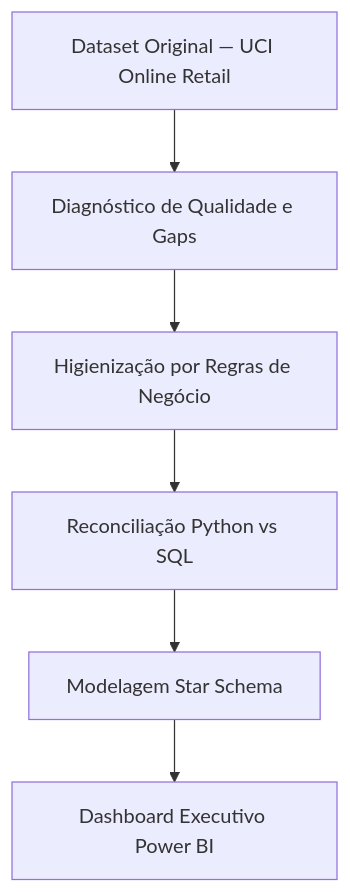
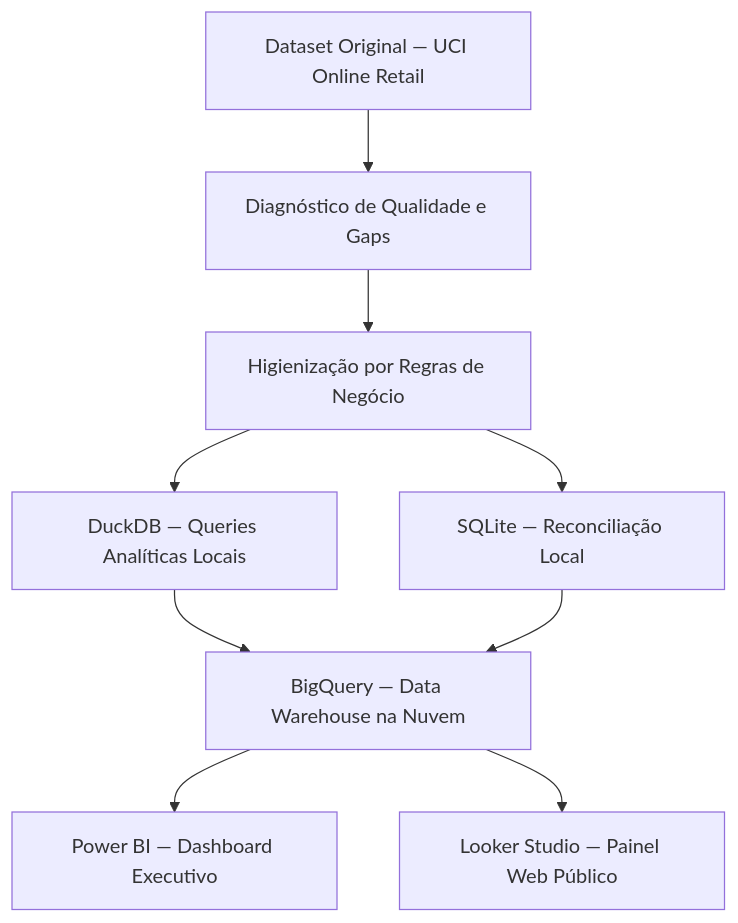
The diagram in README.md (Nayanearaujo/Retail-Performance-Analytics), drawn with Mermaid before and after one commit. The commit also changed other lines of this file, not shown here.

Commit message:
docs: add BigQuery, DuckDB, Looker Studio stack and reconciliation table across 4 layers

````diff
--- a/README.md
+++ b/README.md
@@ -60,8 +68,11 @@
 ```mermaid
 flowchart TD
     A[Dataset Original — UCI Online Retail] --> B[Diagnóstico de Qualidade e Gaps]
     B --> C[Higienização por Regras de Negócio]
-    C --> D[Reconciliação Python vs SQL]
-    D --> E[Modelagem Star Schema]
-    E --> F[Dashboard Executivo Power BI]
+    C --> D1[DuckDB — Queries Analíticas Locais]
+    C --> D2[SQLite — Reconciliação Local]
+    D1 --> E[BigQuery — Data Warehouse na Nuvem]
+    D2 --> E
+    E --> F1[Power BI — Dashboard Executivo]
+    E --> F2[Looker Studio — Painel Web Público]
 ```
````
